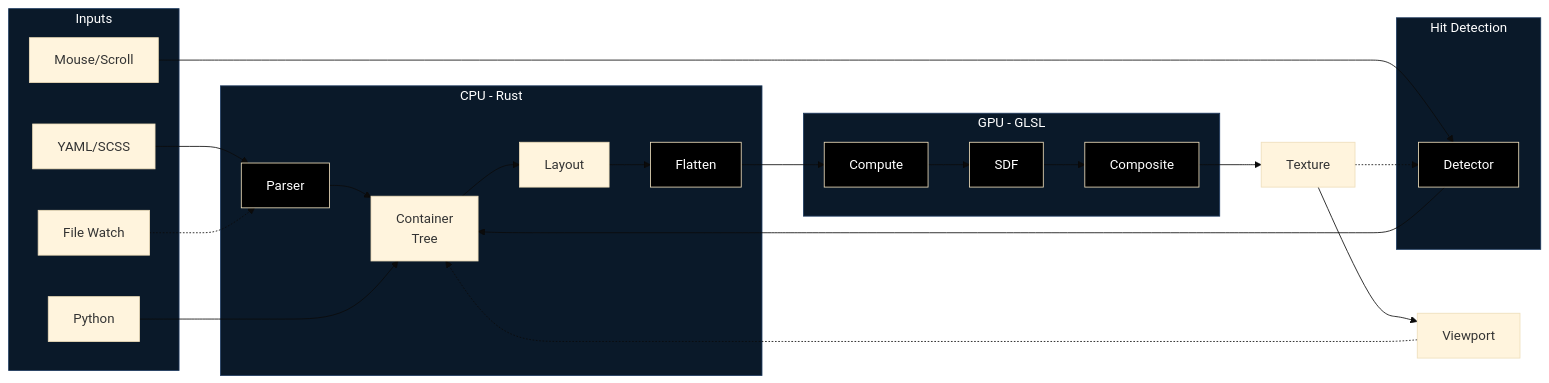
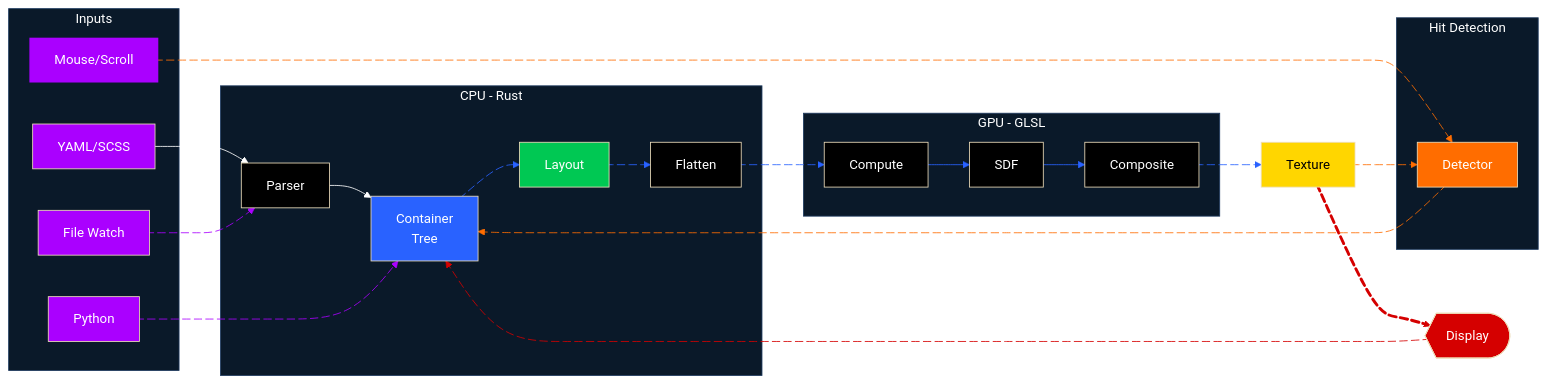
Before and after one commit to nicolaiprodromov/puree: the diagram in README.md, drawn with Mermaid (base theme).

Commit message:
docs: update readme mermaid graph again

````diff
--- a/README.md
+++ b/README.md
@@ -275,48 +275,87 @@
 ```mermaid
-graph LR
-    subgraph INPUT["Inputs"]
-        A[YAML/SCSS]
-        I[Mouse/Scroll]
-        K[Python]
-        M[File Watch]
-    end
-    
-    subgraph CPU["CPU - Rust"]
-        B[Parser]
-        C[Container<br/>Tree]
-        D[Layout]
-        E[Flatten]
-    end
-    
-    subgraph HIT["Hit Detection"]
-        J[Detector]
-    end
-    
-    subgraph GPU["GPU - GLSL"]
-        G1[Compute]
-        G2[SDF]
-        G3[Composite]
-    end
-    
-    A --> B --> C
-    K --> C
-    C --> D --> E
-    E --> G1 --> G2 --> G3
-    G3 --> H[Texture]
-    H --> N[Viewport]
-    I --> J --> C
-    M -.-> B
-    H -.-> J
-    N -.-> C
-    
+flowchart LR
+ subgraph INPUT["Inputs"]
+        A["YAML/SCSS"]
+        I["Mouse/Scroll"]
+        K["Python"]
+        M["File Watch"]
+  end
+ subgraph CPU["CPU - Rust"]
+        B["Parser"]
+        C["Container<br>Tree"]
+        D["Layout"]
+        E["Flatten"]
+  end
+ subgraph HIT["Hit Detection"]
+        J["Detector"]
+  end
+ subgraph GPU["GPU - GLSL"]
+        G1["Compute"]
+        G2["SDF"]
+        G3["Composite"]
+  end
+    A --> B
+    B --> C
+    K L_K_C_0@--> C
+    C L_C_D_0@--> D
+    D L_D_E_0@--> E
+    E L_E_G1_0@--> G1
+    G1 --> G2
+    G2 --> G3
+    G3 L_G3_H_0@--> H["Texture"]
+    H L_H_n1_0@==> n1["Display"]
+    I L_I_J_0@--> J
+    J L_J_C_0@--> C
+    M L_M_B_0@-.-> B
+    H L_H_J_0@-.-> J
+    n1 L_n1_C_0@--> C
+
+    n1@{ shape: display}
+    style A fill:#AA00FF,color:#FFFFFF
+    style I fill:#AA00FF,color:#FFFFFF,stroke:none
+    style K fill:#AA00FF,color:#FFFFFF
+    style M fill:#AA00FF,color:#FFFFFF
+    style B fill:#000,color:#fff
+    style C fill:#2962FF,color:#FFFFFF
+    style D fill:#00C853,color:#FFFFFF
+    style E fill:#000,color:#fff
+    style J fill:#FF6D00,color:#fff
+    style G1 fill:#000,color:#fff
+    style G2 fill:#000,color:#fff
+    style G3 fill:#000,color:#fff
+    style H fill:#FFD600,color:#000000
+    style n1 fill:#D50000,color:#FFFFFF
     style INPUT fill:#0a1929,stroke:#1e3a5f,color:#fff
     style CPU fill:#0a1929,stroke:#1e3a5f,color:#fff
     style HIT fill:#0a1929,stroke:#1e3a5f,color:#fff
     style GPU fill:#0a1929,stroke:#1e3a5f,color:#fff
-    style B fill:#000,color:#fff
-    style E fill:#000,color:#fff
-    style J fill:#000,color:#fff
-    style G1 fill:#000,color:#fff
-    style G2 fill:#000,color:#fff
-    style G3 fill:#000,color:#fff
+    linkStyle 0 stroke:#FFFFFF,fill:none
+    linkStyle 1 stroke:#FFFFFF,fill:none
+    linkStyle 2 stroke:#AA00FF,fill:none
+    linkStyle 3 stroke:#2962FF,fill:none
+    linkStyle 4 stroke:#2962FF,fill:none
+    linkStyle 5 stroke:#2962FF,fill:none
+    linkStyle 6 stroke:#2962FF,fill:none
+    linkStyle 7 stroke:#2962FF,fill:none
+    linkStyle 8 stroke:#2962FF,fill:none
+    linkStyle 9 stroke:#D50000,fill:none
+    linkStyle 10 stroke:#FF6D00,fill:none
+    linkStyle 11 stroke:#FF6D00,fill:none
+    linkStyle 12 stroke:#AA00FF,fill:none
+    linkStyle 13 stroke:#FF6D00,fill:none
+    linkStyle 14 stroke:#D50000,fill:none
+
+    L_K_C_0@{ animation: slow } 
+    L_C_D_0@{ animation: slow } 
+    L_D_E_0@{ animation: slow } 
+    L_E_G1_0@{ animation: slow } 
+    L_G3_H_0@{ animation: fast } 
+    L_H_n1_0@{ animation: fast } 
+    L_I_J_0@{ animation: fast } 
+    L_J_C_0@{ animation: fast } 
+    L_M_B_0@{ animation: slow } 
+    L_H_J_0@{ animation: fast } 
+    L_n1_C_0@{ animation: slow } 
+
+
 ```
````
